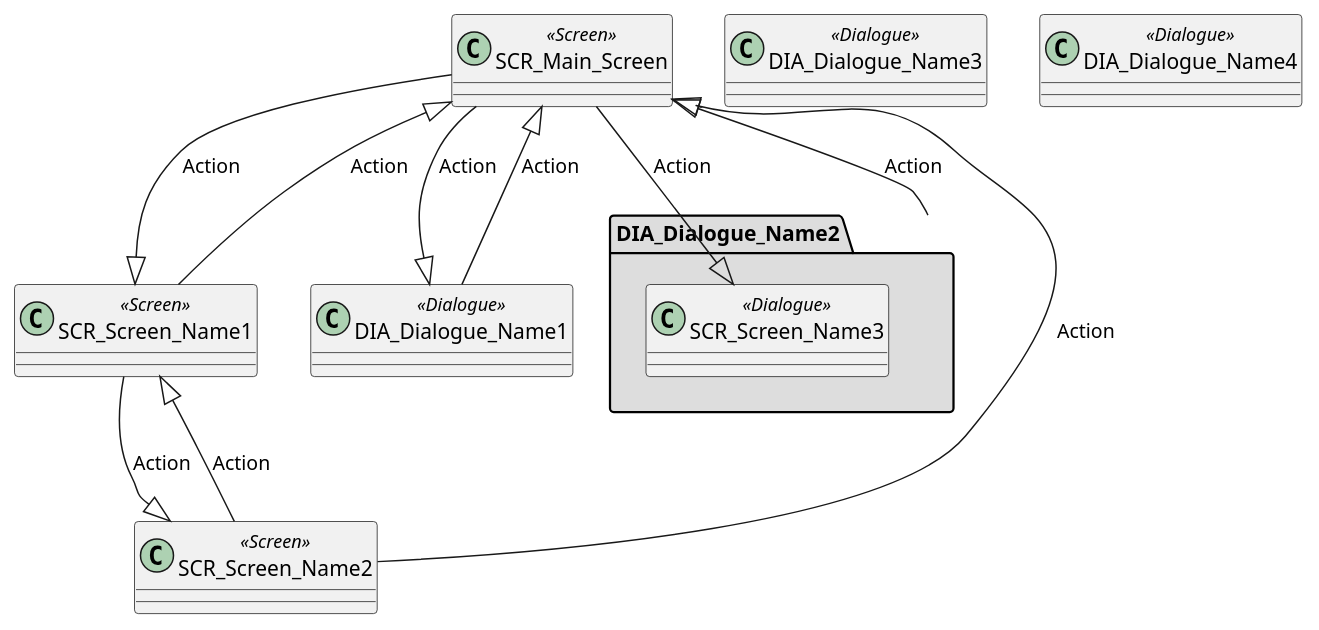
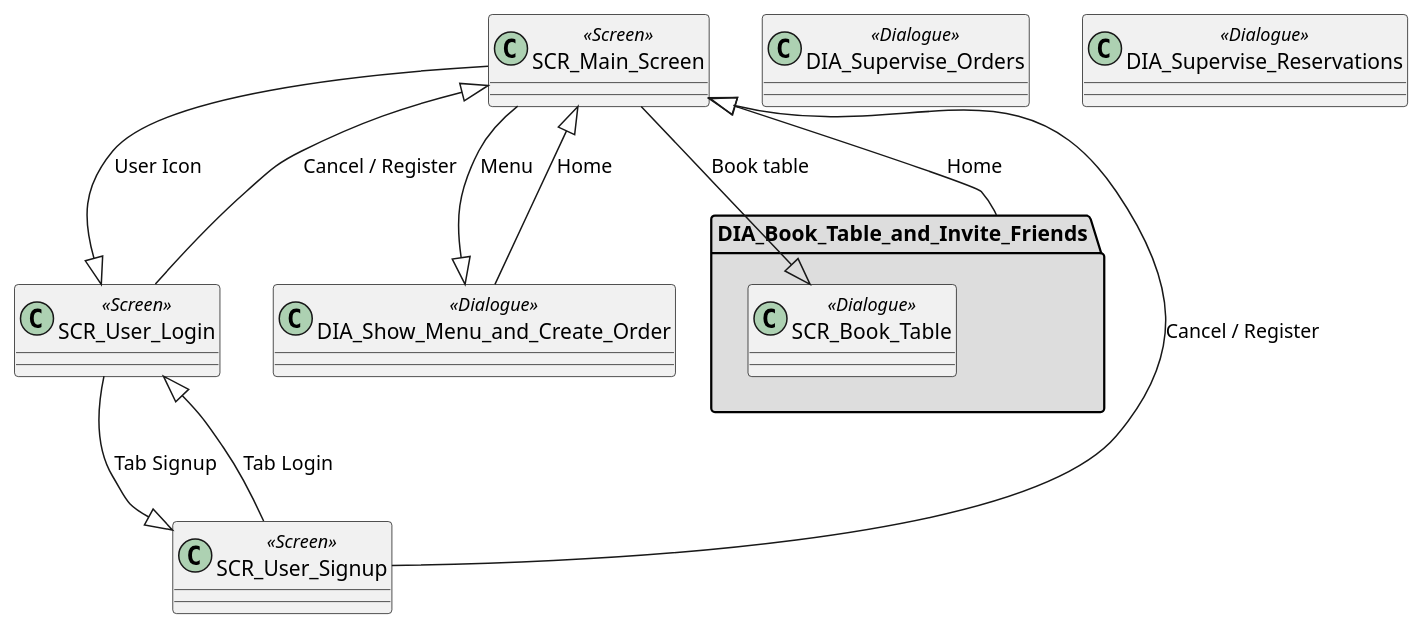
The diagram in references/MyThaiStar/specification/images/DIA_Main_Screen_and_User_Management.pu (devonfw/accelerated-solution-design), drawn with PlantUML before and after one commit. The commit also changed 3 other files, not shown here.

```diff
--- a/references/MyThaiStar/specification/images/DIA_Main_Screen_and_User_Management.pu
+++ b/references/MyThaiStar/specification/images/DIA_Main_Screen_and_User_Management.pu
@@ -1,50 +1,50 @@
 @startuml
 
 
 
 class SCR_Main_Screen <<Screen>> {
 }
 
-class SCR_Screen_Name1<<Screen>> {
+class SCR_User_Login <<Screen>> {
 }
 
-class SCR_Screen_Name2 <<Screen>> {
+class SCR_User_Signup <<Screen>> {
 }
 
-package "DIA_Dialogue_Name2" #DDDDDD {
+package "DIA_Book_Table_and_Invite_Friends" #DDDDDD {
 
-  class SCR_Screen_Name3  <<Dialogue>> {
+  class SCR_Book_Table  <<Dialogue>> {
   }
 }
 
-class DIA_Dialogue_Name1  <<Dialogue>> {
+class DIA_Show_Menu_and_Create_Order  <<Dialogue>> {
 }
 
 
 
-SCR_Main_Screen --|> SCR_Screen_Name1: "Action"
+SCR_Main_Screen --|> SCR_User_Login : "User Icon"
 
-SCR_Screen_Name1--|> SCR_Screen_Name2 : "Action"
+SCR_User_Login --|> SCR_User_Signup : "Tab Signup"
 
-SCR_Screen_Name2 --|> SCR_Screen_Name1: "Action"
+SCR_User_Signup --|> SCR_User_Login : "Tab Login"
 
-SCR_Screen_Name1--|> SCR_Main_Screen : "Action"
+SCR_User_Login --|> SCR_Main_Screen : "Cancel / Register"
 
-SCR_Screen_Name2 --|> SCR_Main_Screen : "Action"
+SCR_User_Signup --|> SCR_Main_Screen : "Cancel / Register"
 
-SCR_Main_Screen --|> SCR_Screen_Name3 : "Action"
+SCR_Main_Screen --|> SCR_Book_Table : "Book table"
 
-DIA_Dialogue_Name2 --|> SCR_Main_Screen : "Action"
+DIA_Book_Table_and_Invite_Friends --|> SCR_Main_Screen : "Home"
 
-SCR_Main_Screen --|> DIA_Dialogue_Name1 : "Action"
+SCR_Main_Screen --|> DIA_Show_Menu_and_Create_Order : "Menu"
 
-DIA_Dialogue_Name1 --|> SCR_Main_Screen : "Action"
+DIA_Show_Menu_and_Create_Order --|> SCR_Main_Screen : "Home"
 
 
-class DIA_Dialogue_Name3 <<Dialogue>> {
+class DIA_Supervise_Orders  <<Dialogue>> {
 }
 
-class DIA_Dialogue_Name4  <<Dialogue>> {
+class DIA_Supervise_Reservations  <<Dialogue>> {
 }
 
 @enduml
```
